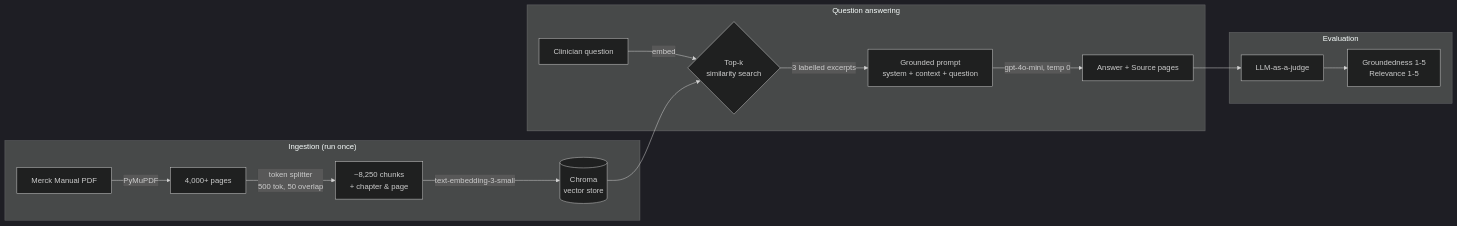
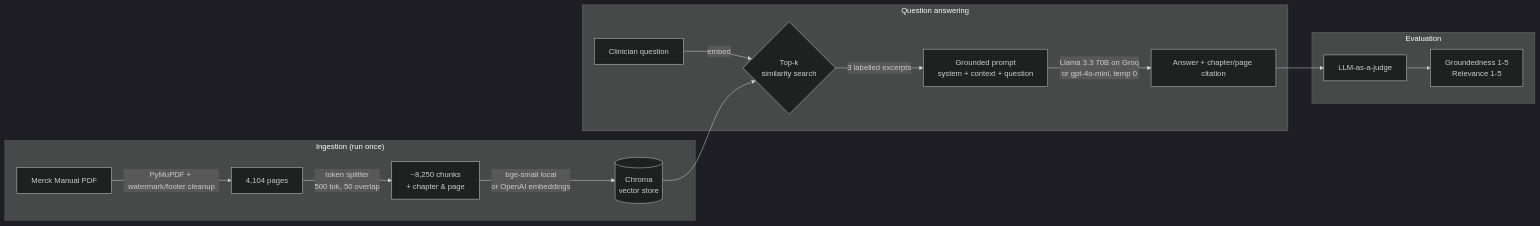
The diagram in README.md (bks1984/medical-rag-assistant), drawn with Mermaid (dark theme) before and after one commit. The commit also changed other lines of this file and 9 other files, not shown here.

First line of the commit message:
Support Groq with local embeddings

````diff
--- a/README.md
+++ b/README.md
@@ -51,18 +59,18 @@
 ```mermaid
 flowchart LR
     subgraph Ingestion["Ingestion (run once)"]
-        A[Merck Manual PDF] -->|PyMuPDF| B[4,000+ pages]
+        A[Merck Manual PDF] -->|PyMuPDF + watermark/footer cleanup| B[4,104 pages]
         B -->|token splitter<br/>500 tok, 50 overlap| C[~8,250 chunks<br/>+ chapter & page]
-        C -->|text-embedding-3-small| D[(Chroma<br/>vector store)]
+        C -->|bge-small local<br/>or OpenAI embeddings| D[(Chroma<br/>vector store)]
     end
     subgraph Query["Question answering"]
         Q[Clinician question] -->|embed| R{Top-k<br/>similarity search}
         D --> R
         R -->|3 labelled excerpts| P[Grounded prompt<br/>system + context + question]
-        P -->|gpt-4o-mini, temp 0| ANS[Answer + Source pages]
+        P -->|Llama 3.3 70B on Groq<br/>or gpt-4o-mini, temp 0| ANS[Answer + chapter/page citation]
     end
     subgraph Eval["Evaluation"]
         ANS --> J[LLM-as-a-judge]
         J --> S[Groundedness 1-5<br/>Relevance 1-5]
     end
 ```
````
